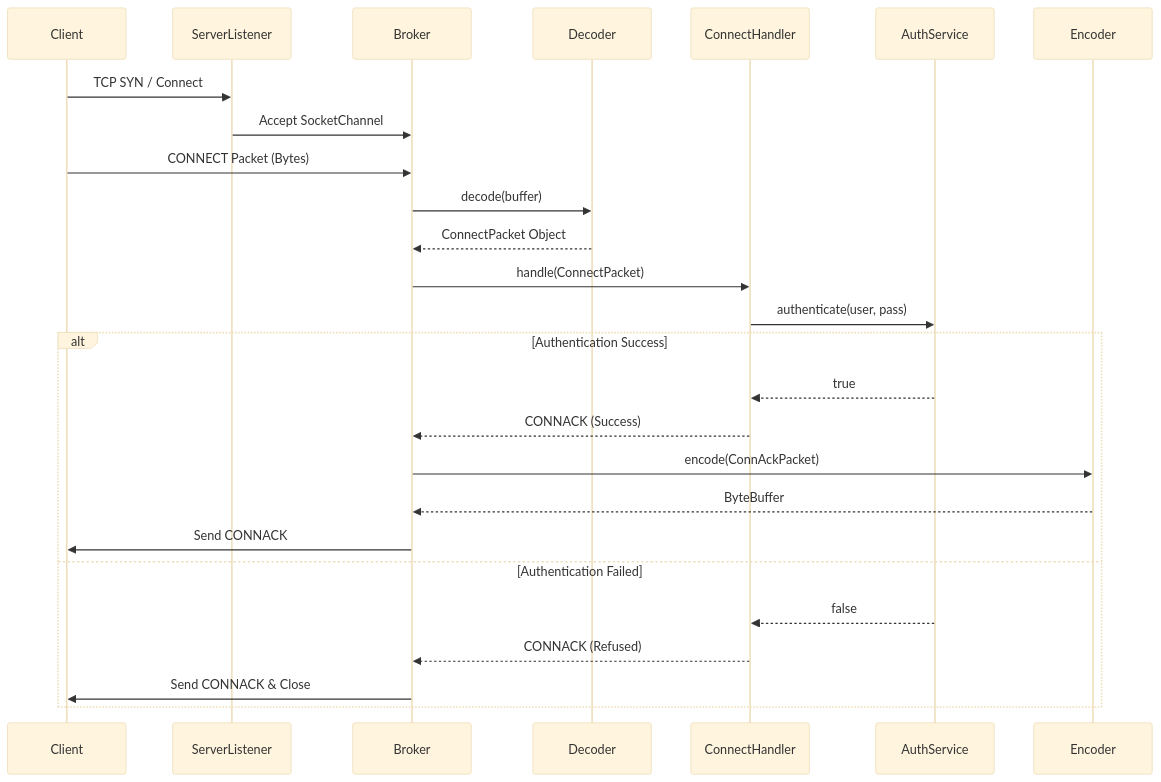
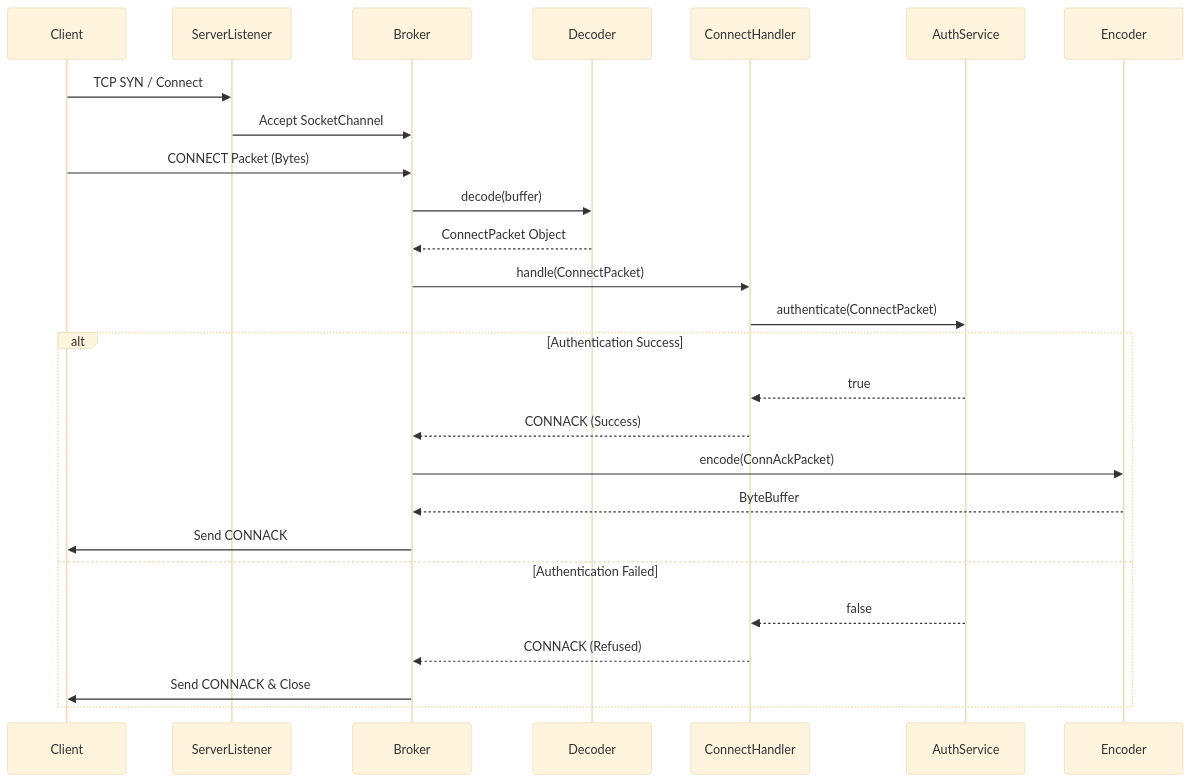
One commit to karolbystrek/mqtt-broker changed the seventh of 8 diagrams in README.md. Above: the diagram before and after it, drawn with Mermaid (base theme). The commit also changed other lines of this file and 6 other files, not shown here.

````diff
--- a/README.md
+++ b/README.md
@@ -261,30 +261,30 @@
 ```mermaid
 sequenceDiagram
     participant Client
     participant ServerListener
     participant Broker
     participant Decoder
     participant ConnectHandler
     participant AuthService
     participant Encoder
 
     Client->>ServerListener: TCP SYN / Connect
     ServerListener->>Broker: Accept SocketChannel
     Client->>Broker: CONNECT Packet (Bytes)
     Broker->>Decoder: decode(buffer)
     Decoder-->>Broker: ConnectPacket Object
     Broker->>ConnectHandler: handle(ConnectPacket)
-    ConnectHandler->>AuthService: authenticate(user, pass)
+    ConnectHandler->>AuthService: authenticate(ConnectPacket)
     
     alt Authentication Success
         AuthService-->>ConnectHandler: true
         ConnectHandler-->>Broker: CONNACK (Success)
         Broker->>Encoder: encode(ConnAckPacket)
         Encoder-->>Broker: ByteBuffer
         Broker->>Client: Send CONNACK
     else Authentication Failed
         AuthService-->>ConnectHandler: false
         ConnectHandler-->>Broker: CONNACK (Refused)
         Broker->>Client: Send CONNACK & Close
     end
 ```
````
